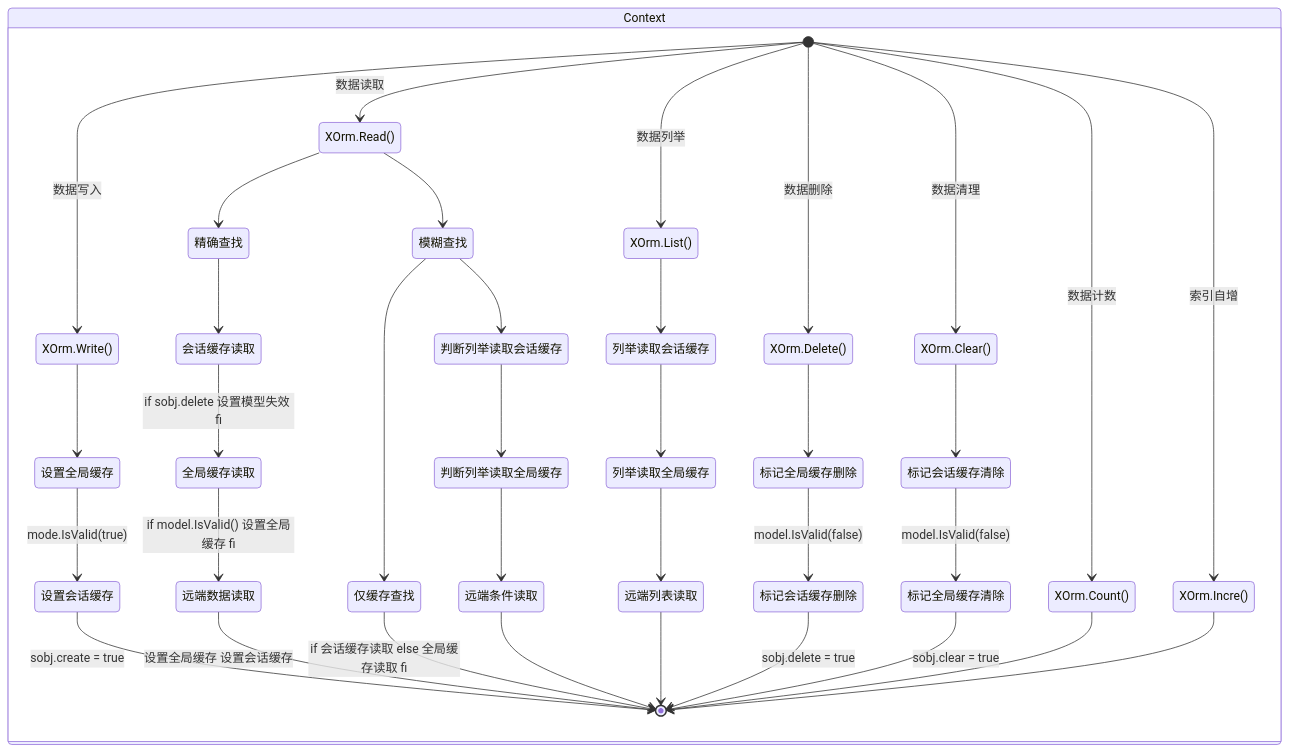
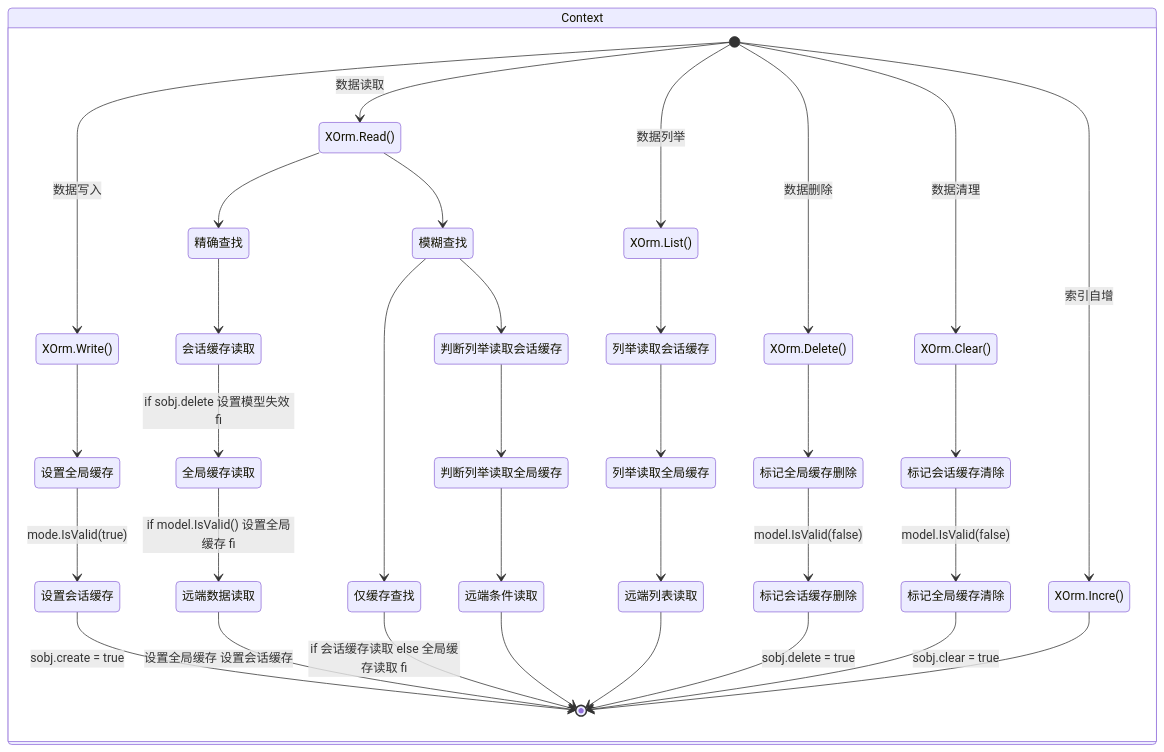
Before and after one commit to eframework-org/GO.CRUD: the second of 2 diagrams in XOrm/README.md, drawn with Mermaid. The commit also changed other lines of this file and 1 other file, not shown here.

````diff
--- a/XOrm/README.md
+++ b/XOrm/README.md
@@ -368,46 +372,43 @@
 ```mermaid
 stateDiagram-v2
     direction TB
     state Context {
         [*] --> XOrm.Write(): 数据写入
         XOrm.Write() --> 设置全局缓存
         设置全局缓存 --> 设置会话缓存: mode.IsValid(true)
         设置会话缓存 --> [*]: sobj.create = true
 
         [*] --> XOrm.Read(): 数据读取
         XOrm.Read() --> 精确查找
         精确查找 --> 会话缓存读取
         会话缓存读取 --> 全局缓存读取: if sobj.delete 设置模型失效 fi
         全局缓存读取 --> 远端数据读取: if model.IsValid() 设置全局缓存 fi
         远端数据读取 --> [*]: 设置全局缓存 设置会话缓存
         XOrm.Read() --> 模糊查找
         模糊查找 --> 仅缓存查找
         仅缓存查找 --> [*]: if 会话缓存读取 else 全局缓存读取 fi
         模糊查找 --> 判断列举读取会话缓存
         判断列举读取会话缓存 --> 判断列举读取全局缓存
         判断列举读取全局缓存 --> 远端条件读取
         远端条件读取 --> [*]
 
         [*] --> XOrm.List(): 数据列举
         XOrm.List() --> 列举读取会话缓存
         列举读取会话缓存 --> 列举读取全局缓存
         列举读取全局缓存 --> 远端列表读取
         远端列表读取 --> [*]
 
         [*] --> XOrm.Delete(): 数据删除
         XOrm.Delete() --> 标记全局缓存删除
         标记全局缓存删除 --> 标记会话缓存删除: model.IsValid(false) 
         标记会话缓存删除 --> [*]: sobj.delete = true
 
         [*] --> XOrm.Clear(): 数据清理
         XOrm.Clear() --> 标记会话缓存清除
         标记会话缓存清除 --> 标记全局缓存清除: model.IsValid(false) 
         标记全局缓存清除 --> [*]: sobj.clear = true
 
-        [*] --> XOrm.Count(): 数据计数
-        XOrm.Count() --> [*]
-
         [*] --> XOrm.Incre(): 索引自增
         XOrm.Incre() --> [*]
     }
 ```
````
